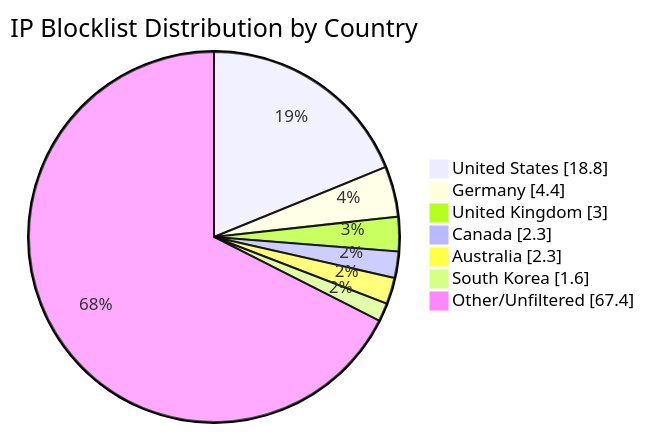
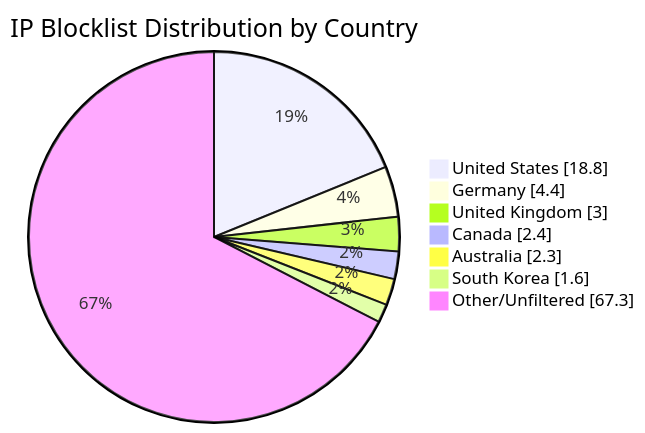
Before and after one commit to MarcusHoltz/ipblocklist-geofiltered-aggregator: the diagram in README.md, drawn with Mermaid. The commit also changed other lines of this file and 9 other files, not shown here.

````diff
--- a/README.md
+++ b/README.md
@@ -34,10 +34,10 @@
 ```mermaid
 pie showData title IP Blocklist Distribution by Country
 "United States" : 18.8
 "Germany" : 4.4
 "United Kingdom" : 3.0
-"Canada" : 2.3
+"Canada" : 2.4
 "Australia" : 2.3
 "South Korea" : 1.6
-"Other/Unfiltered" : 67.4
+"Other/Unfiltered" : 67.3
 ```
````
